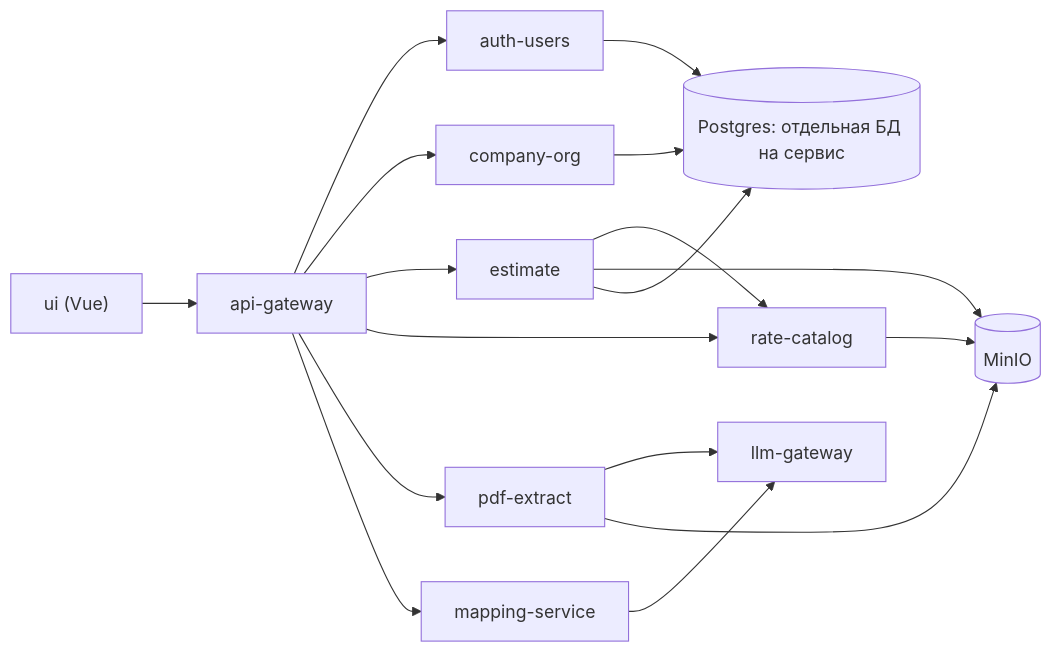
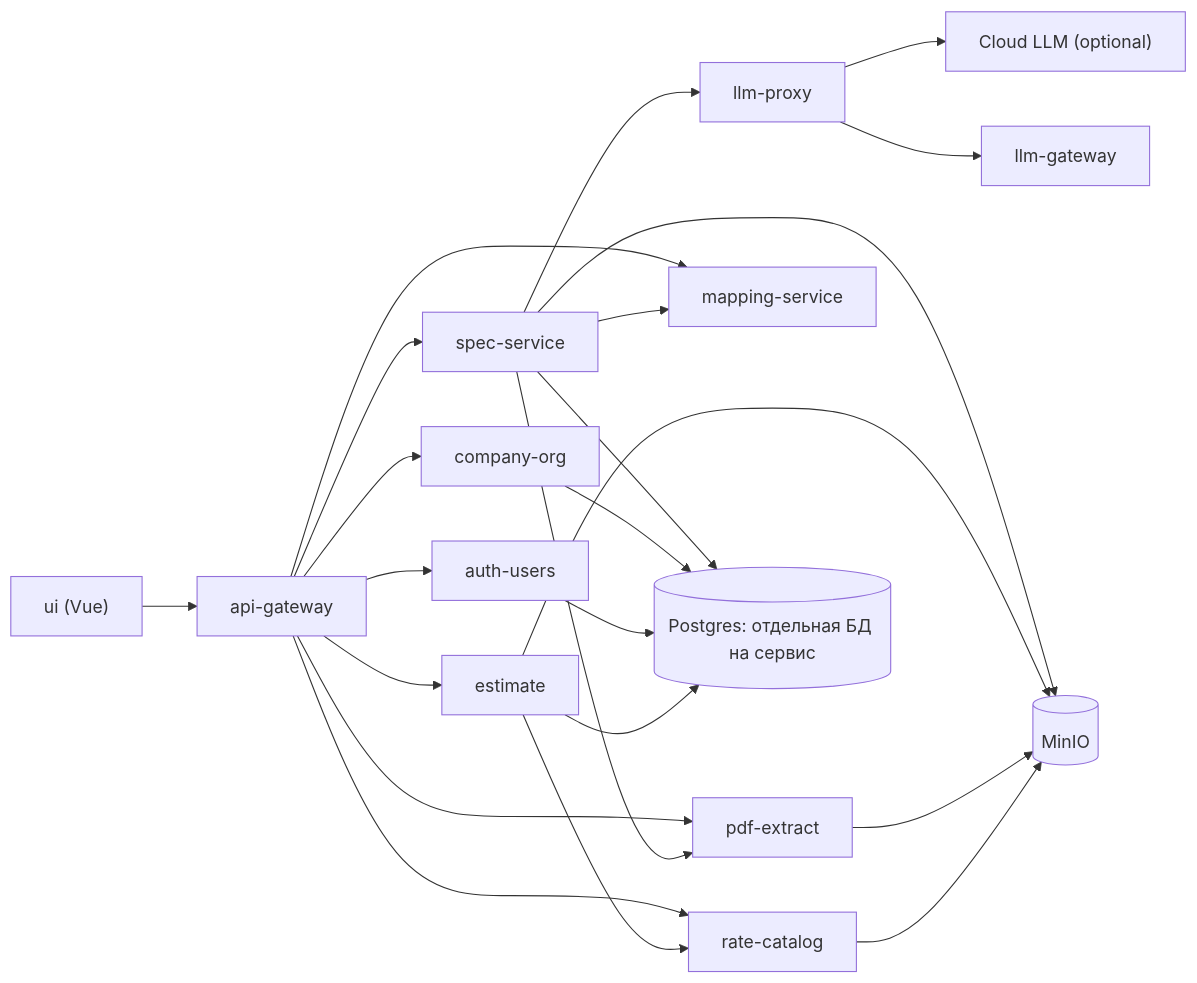
The second of 2 diagrams in docs/architecture-spine.md (VicShved/smeta-core), drawn with Mermaid before and after one commit. The commit also changed other lines of this file and 1 other file, not shown here.

Commit message:
docs: llm-proxy, spec-service и хранение чанков

````diff
--- a/docs/architecture-spine.md
+++ b/docs/architecture-spine.md
@@ -156,19 +158,25 @@
 ```mermaid
 flowchart LR
   ui["ui (Vue)"] --> gw["api-gateway"]
   gw --> auth["auth-users"]
   gw --> org["company-org"]
   gw --> est["estimate"]
   gw --> cat["rate-catalog"]
   gw --> pdf["pdf-extract"]
   gw --> map["mapping-service"]
-  pdf --> llm["llm-gateway"]
-  map --> llm
+  gw --> spec["spec-service"]
+  spec --> pdf
+  spec --> proxy["llm-proxy"]
+  proxy --> llm["llm-gateway"]
+  proxy --> cloud["Cloud LLM (optional)"]
+  spec --> map
+  spec --> s3[("MinIO")]
+  spec --> pg
   est --> cat
   est --> s3[("MinIO")]
   pdf --> s3
   cat --> s3
   org --> pg[("Postgres: отдельная БД на сервис")]
   auth --> pg
   est --> pg
 ```
````
